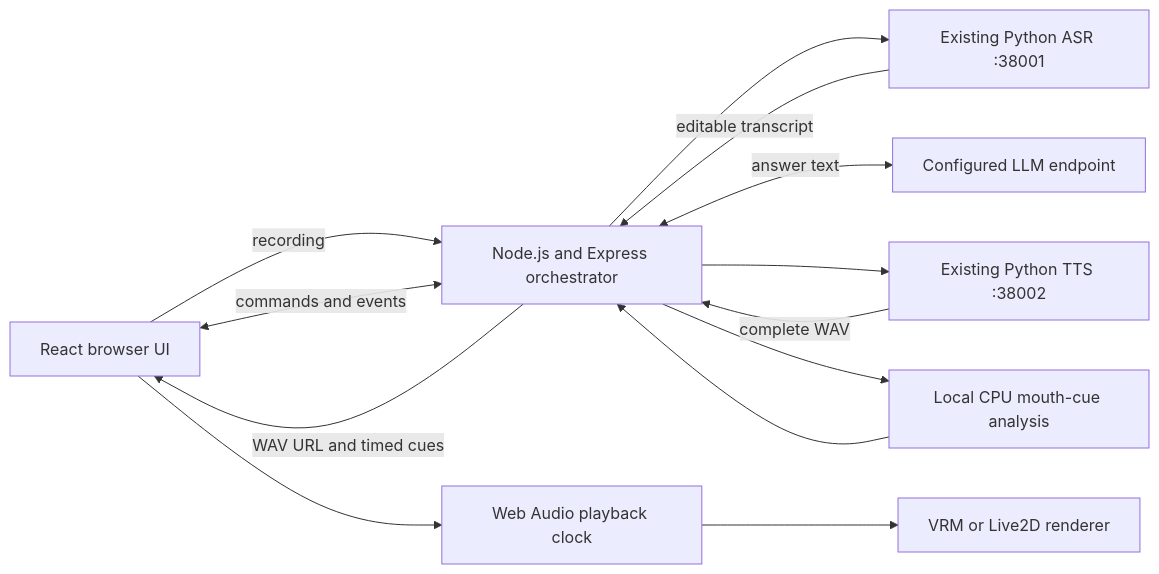
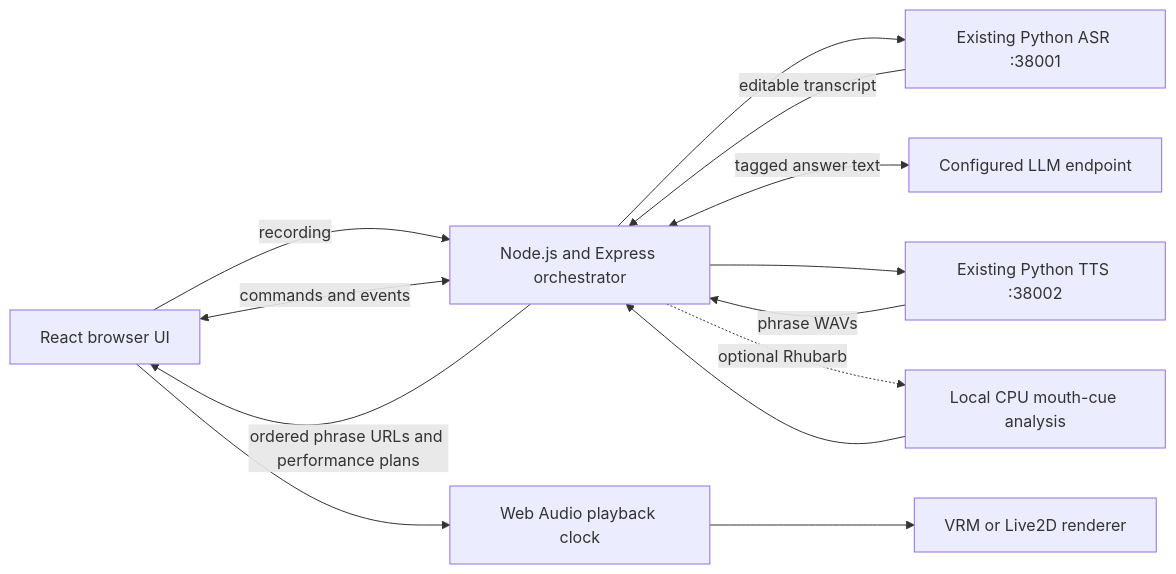
One commit to VansonLeung/digital-human-collections changed the diagram in codes/v1/digital_human_chatbot_any/IMPLEMENTATION.md. Above: the diagram before and after it, drawn with Mermaid. The commit also changed other lines of this file and 76 other files, not shown here.

````diff
--- a/codes/v1/digital_human_chatbot_any/IMPLEMENTATION.md
+++ b/codes/v1/digital_human_chatbot_any/IMPLEMENTATION.md
@@ -21,15 +21,15 @@
 ```mermaid
 flowchart LR
     UI[React browser UI] -->|recording| API[Node.js and Express orchestrator]
     API --> ASR[Existing Python ASR :38001]
     ASR -->|editable transcript| API
     UI <-->|commands and events| API
-    API <-->|answer text| LLM[Configured LLM endpoint]
+    API <-->|tagged answer text| LLM[Configured LLM endpoint]
     API --> TTS[Existing Python TTS :38002]
-    TTS -->|complete WAV| API
-    API --> CUES[Local CPU mouth-cue analysis]
-    API -->|WAV URL and timed cues| UI
+    TTS -->|phrase WAVs| API
+    API -. optional Rhubarb .-> CUES[Local CPU mouth-cue analysis]
+    API -->|ordered phrase URLs and performance plans| UI
     CUES --> API
     UI --> AUDIO[Web Audio playback clock]
     AUDIO --> AVATAR[VRM or Live2D renderer]
 ```
````
